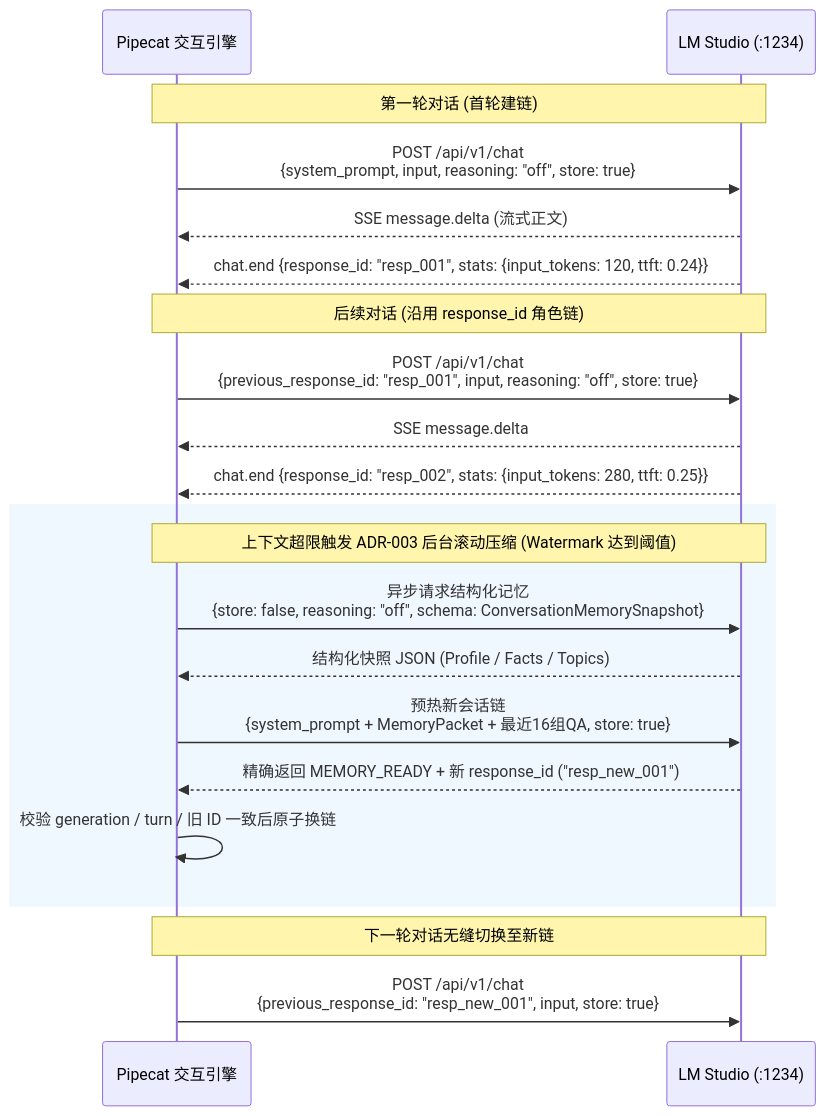
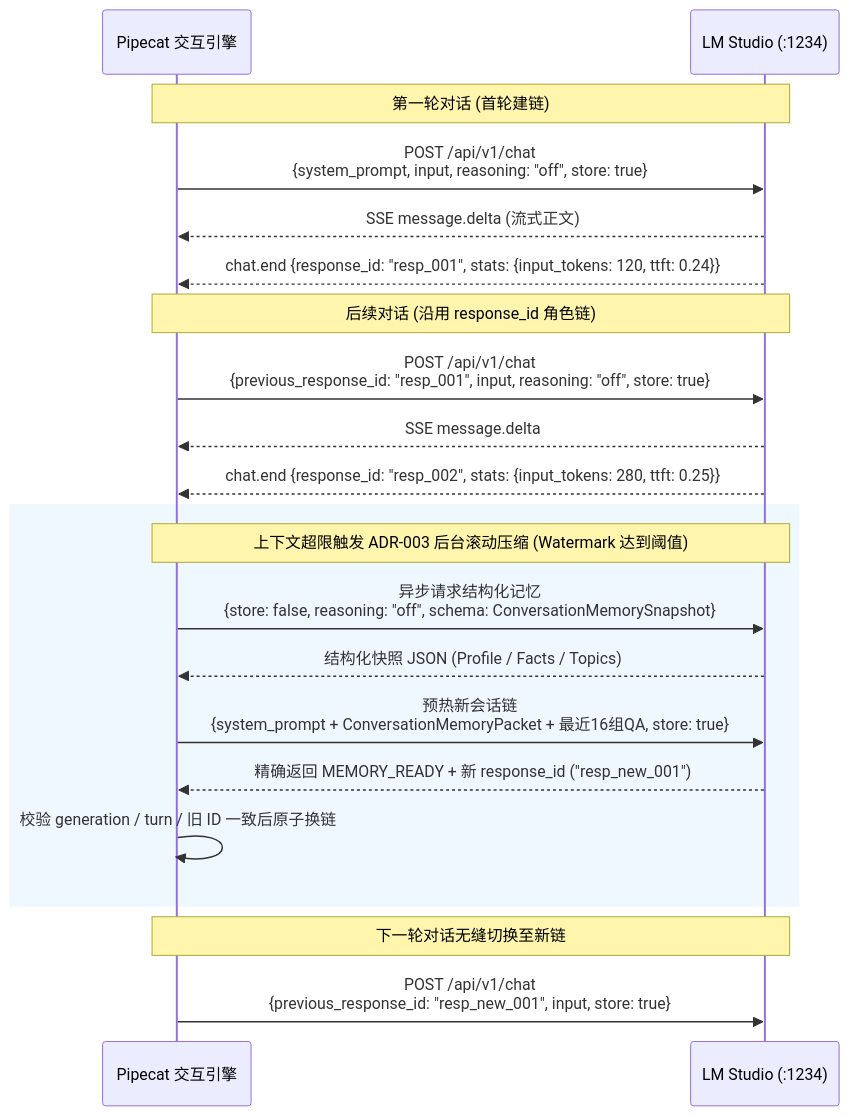
One commit to hrygo/voice-realtime changed the seventh of 13 diagrams in docs/系统总体架构与详细设计方案.md. Above: the diagram before and after it, drawn with Mermaid. The commit also changed other lines of this file and 8 other files, not shown here.

Commit message:
docs(architecture): 审查校对系统总体架构方案并完善会议面板交互体验

````diff
--- a/docs/系统总体架构与详细设计方案.md
+++ b/docs/系统总体架构与详细设计方案.md
@@ -373,27 +377,27 @@
 ```mermaid
 sequenceDiagram
     participant P as Pipecat 交互引擎
     participant L as LM Studio (:1234)
     
     Note over P,L: 第一轮对话 (首轮建链)
     P->>L: POST /api/v1/chat<br/>{system_prompt, input, reasoning: "off", store: true}
     L-->>P: SSE message.delta (流式正文)
     L-->>P: chat.end {response_id: "resp_001", stats: {input_tokens: 120, ttft: 0.24}}
     
     Note over P,L: 后续对话 (沿用 response_id 角色链)
     P->>L: POST /api/v1/chat<br/>{previous_response_id: "resp_001", input, reasoning: "off", store: true}
     L-->>P: SSE message.delta
     L-->>P: chat.end {response_id: "resp_002", stats: {input_tokens: 280, ttft: 0.25}}
 
     rect rgb(240, 248, 255)
     Note over P,L: 上下文超限触发 ADR-003 后台滚动压缩 (Watermark 达到阈值)
     P->>L: 异步请求结构化记忆<br/>{store: false, reasoning: "off", schema: ConversationMemorySnapshot}
     L-->>P: 结构化快照 JSON (Profile / Facts / Topics)
-    P->>L: 预热新会话链<br/>{system_prompt + MemoryPacket + 最近16组QA, store: true}
+    P->>L: 预热新会话链<br/>{system_prompt + ConversationMemoryPacket + 最近16组QA, store: true}
     L-->>P: 精确返回 MEMORY_READY + 新 response_id ("resp_new_001")
     P->>P: 校验 generation / turn / 旧 ID 一致后原子换链
     end
 
     Note over P,L: 下一轮对话无缝切换至新链
     P->>L: POST /api/v1/chat<br/>{previous_response_id: "resp_new_001", input, store: true}
 ```
````
